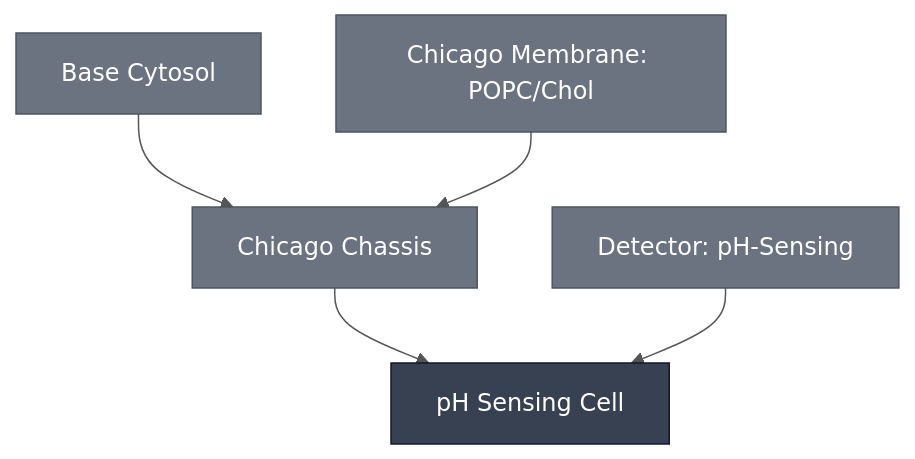
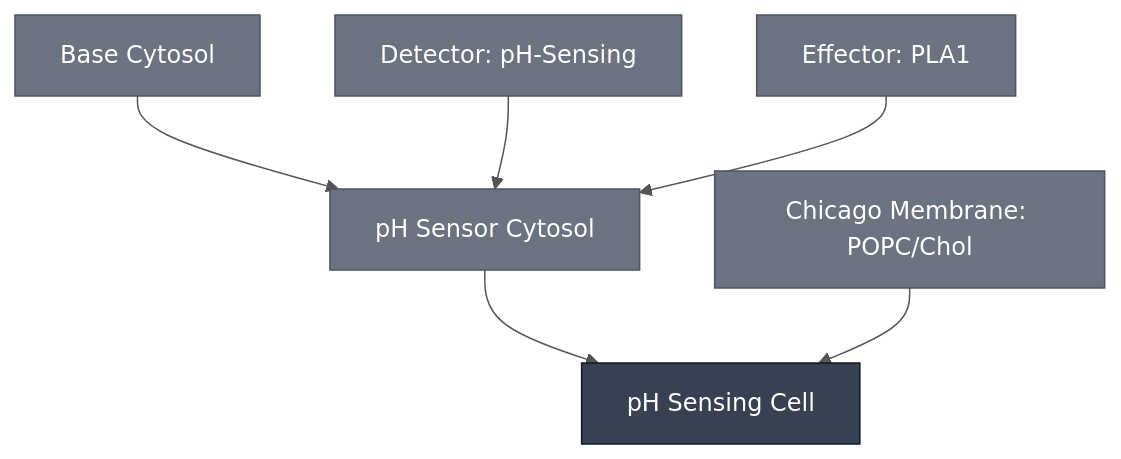
The diagram in docs/modules/ph-sensing-cell/spec.md (nucleus-eng/nucleus-docs), drawn with Mermaid before and after one commit. The commit also changed other lines of this file and 10 other files, not shown here.

````diff
--- a/docs/modules/ph-sensing-cell/spec.md
+++ b/docs/modules/ph-sensing-cell/spec.md
@@ -25,25 +25,28 @@
 ```mermaid
 %%{init: {'theme': 'base', 'themeVariables': {'lineColor': '#555555', 'edgeLabelBackground': '#ffffff'}}}%%
 flowchart TD
     BASE_CYTOSOL["Base Cytosol"]
-    CHICAGO_CHASSIS["Chicago Chassis"]
     DETECTOR_PH["Detector: pH-Sensing"]
+    EFFECTOR_PLA1["Effector: PLA1"]
     MEMBRANE_POPC_CHOL_CHICAGO["Chicago Membrane: POPC/Chol"]
     PH_SENSING_CELL["pH Sensing Cell"]
+    PH_SENSOR_CYTOSOL["pH Sensor Cytosol"]
 
-    BASE_CYTOSOL --> CHICAGO_CHASSIS
-    MEMBRANE_POPC_CHOL_CHICAGO --> CHICAGO_CHASSIS
-    CHICAGO_CHASSIS --> PH_SENSING_CELL
-    DETECTOR_PH --> PH_SENSING_CELL
+    PH_SENSOR_CYTOSOL --> PH_SENSING_CELL
+    MEMBRANE_POPC_CHOL_CHICAGO --> PH_SENSING_CELL
+    BASE_CYTOSOL --> PH_SENSOR_CYTOSOL
+    DETECTOR_PH --> PH_SENSOR_CYTOSOL
+    EFFECTOR_PLA1 --> PH_SENSOR_CYTOSOL
 
     classDef constituent fill:#6B7280,color:#ffffff,stroke:#4B5563;
     classDef this fill:#374151,color:#ffffff,stroke:#111827;
-    class BASE_CYTOSOL,CHICAGO_CHASSIS,DETECTOR_PH,MEMBRANE_POPC_CHOL_CHICAGO constituent;
+    class BASE_CYTOSOL,DETECTOR_PH,EFFECTOR_PLA1,MEMBRANE_POPC_CHOL_CHICAGO,PH_SENSOR_CYTOSOL constituent;
     class PH_SENSING_CELL this;
 
     click BASE_CYTOSOL "/docs/modules/base-cytosol/spec"
-    click CHICAGO_CHASSIS "/docs/modules/chicago-chassis/spec"
     click DETECTOR_PH "/docs/modules/detector-ph/spec"
+    click EFFECTOR_PLA1 "/docs/modules/effector-pla1/spec"
     click MEMBRANE_POPC_CHOL_CHICAGO "/docs/modules/membrane-popc-chol-chicago/spec"
     click PH_SENSING_CELL "/docs/modules/ph-sensing-cell/spec"
+    click PH_SENSOR_CYTOSOL "/docs/modules/ph-sensor-cytosol/spec"
 ```
````
